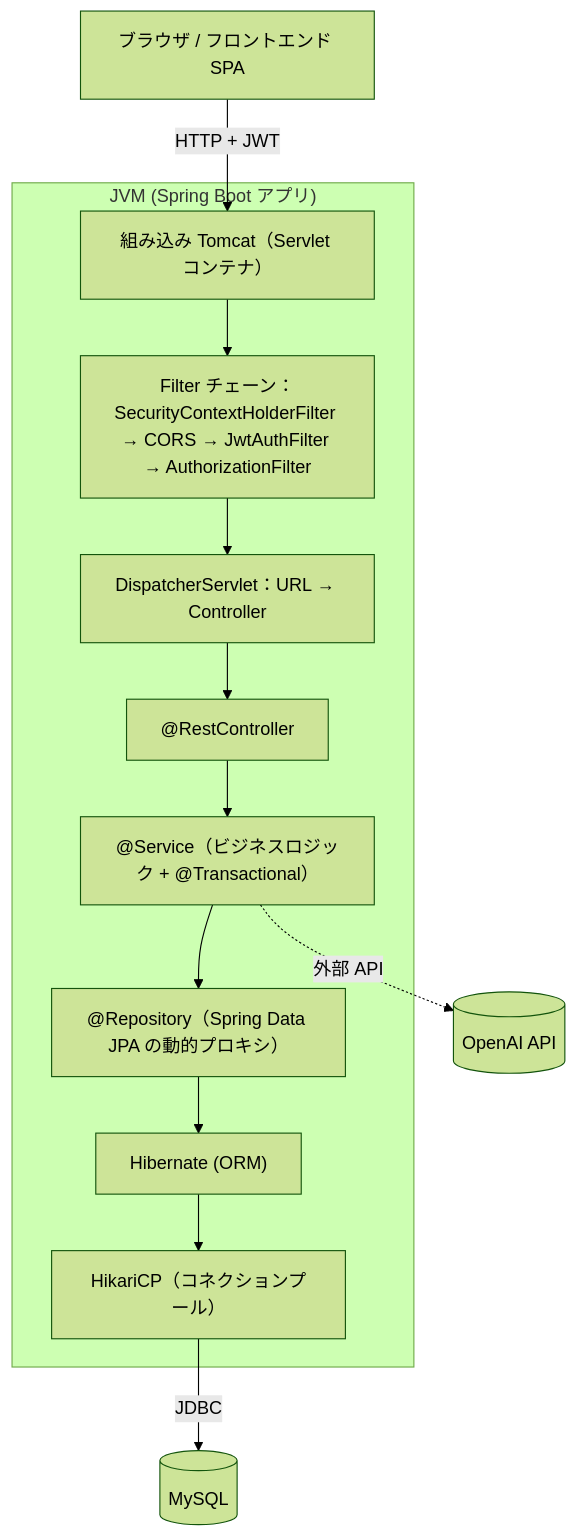
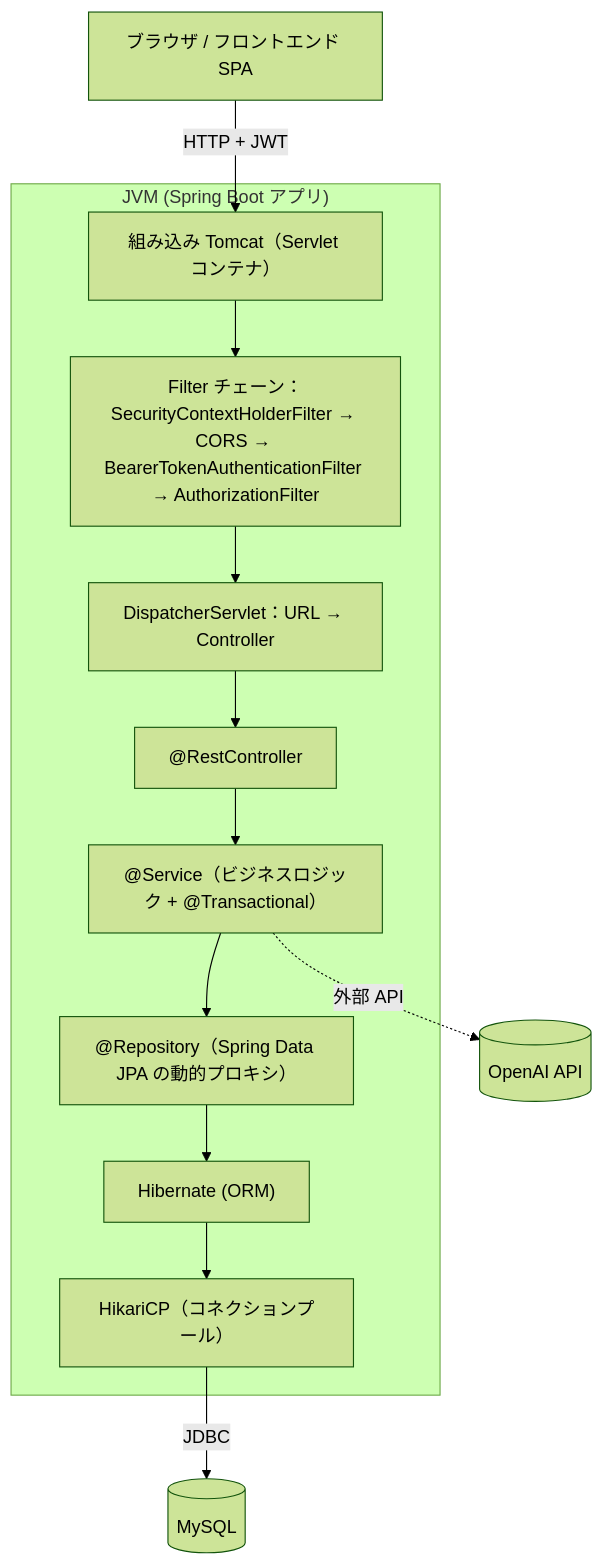
One commit to DRS22DownForce/SmartHouseholdAccountBook changed the diagram in docs/backend/README.md. Above: the diagram before and after it, drawn with Mermaid (forest theme). The commit also changed 30 other files, not shown here.

````diff
--- a/docs/backend/README.md
+++ b/docs/backend/README.md
@@ -33,18 +33,18 @@
 ```mermaid
 flowchart TB
     Client["ブラウザ / フロントエンド SPA"]
     Client -- "HTTP + JWT" --> Tomcat
     subgraph JVM["JVM (Spring Boot アプリ)"]
         Tomcat["組み込み Tomcat（Servlet コンテナ）"]
-        Filters["Filter チェーン：SecurityContextHolderFilter → CORS → JwtAuthFilter → AuthorizationFilter"]
+        Filters["Filter チェーン：SecurityContextHolderFilter → CORS → BearerTokenAuthenticationFilter → AuthorizationFilter"]
         Dispatcher["DispatcherServlet：URL → Controller"]
         Controller["@RestController"]
         Service["@Service（ビジネスロジック + @Transactional）"]
         Repo["@Repository（Spring Data JPA の動的プロキシ）"]
         Hibernate["Hibernate (ORM)"]
         Pool["HikariCP（コネクションプール）"]
         Tomcat --> Filters --> Dispatcher --> Controller --> Service --> Repo --> Hibernate --> Pool
     end
     Pool -- "JDBC" --> DB[(MySQL)]
     Service -. "外部 API" .-> OpenAI[(OpenAI API)]
 ```
````
